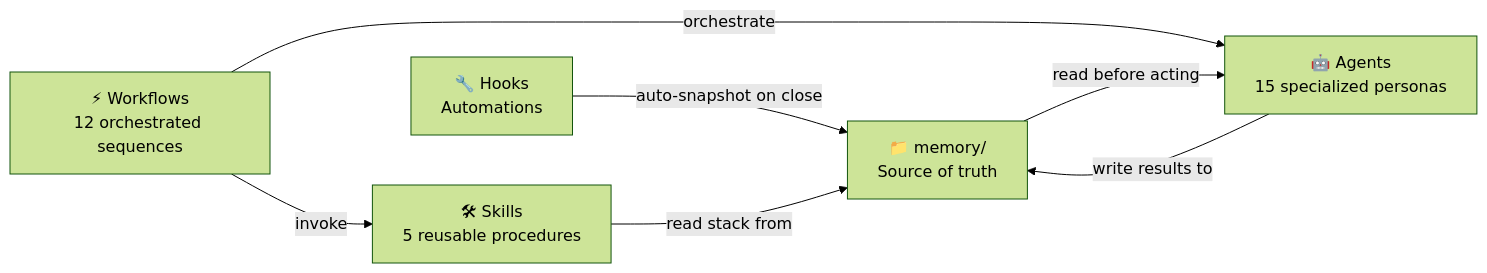
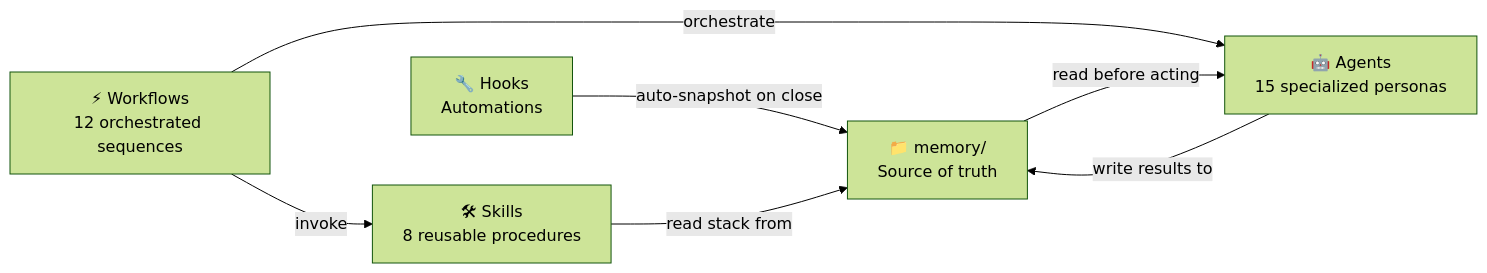
One commit to KillianPiccerelle/ai-dev-framework changed the diagram in README.md. Above: the diagram before and after it, drawn with Mermaid (forest theme). The commit also changed other lines of this file and 5 other files, not shown here.

````diff
--- a/README.md
+++ b/README.md
@@ -84,15 +84,15 @@
 ```mermaid
 graph LR
     MEM["📁 memory/\nSource of truth"]
     AGT["🤖 Agents\n15 specialized personas"]
     WFL["⚡ Workflows\n12 orchestrated sequences"]
-    SKL["🛠 Skills\n5 reusable procedures"]
+    SKL["🛠 Skills\n8 reusable procedures"]
     HKS["🔧 Hooks\nAutomations"]
 
     MEM -->|read before acting| AGT
     AGT -->|write results to| MEM
     WFL -->|orchestrate| AGT
     WFL -->|invoke| SKL
     SKL -->|read stack from| MEM
     HKS -->|auto-snapshot on close| MEM
 ```
````
